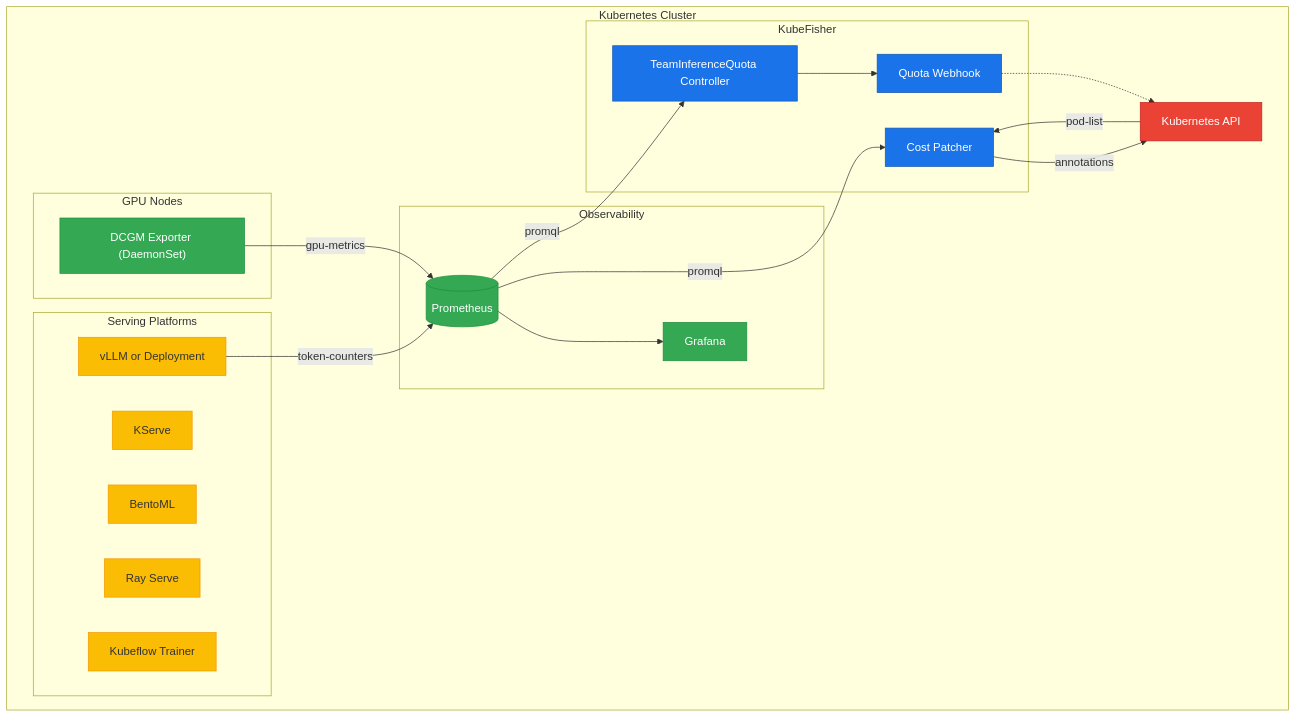
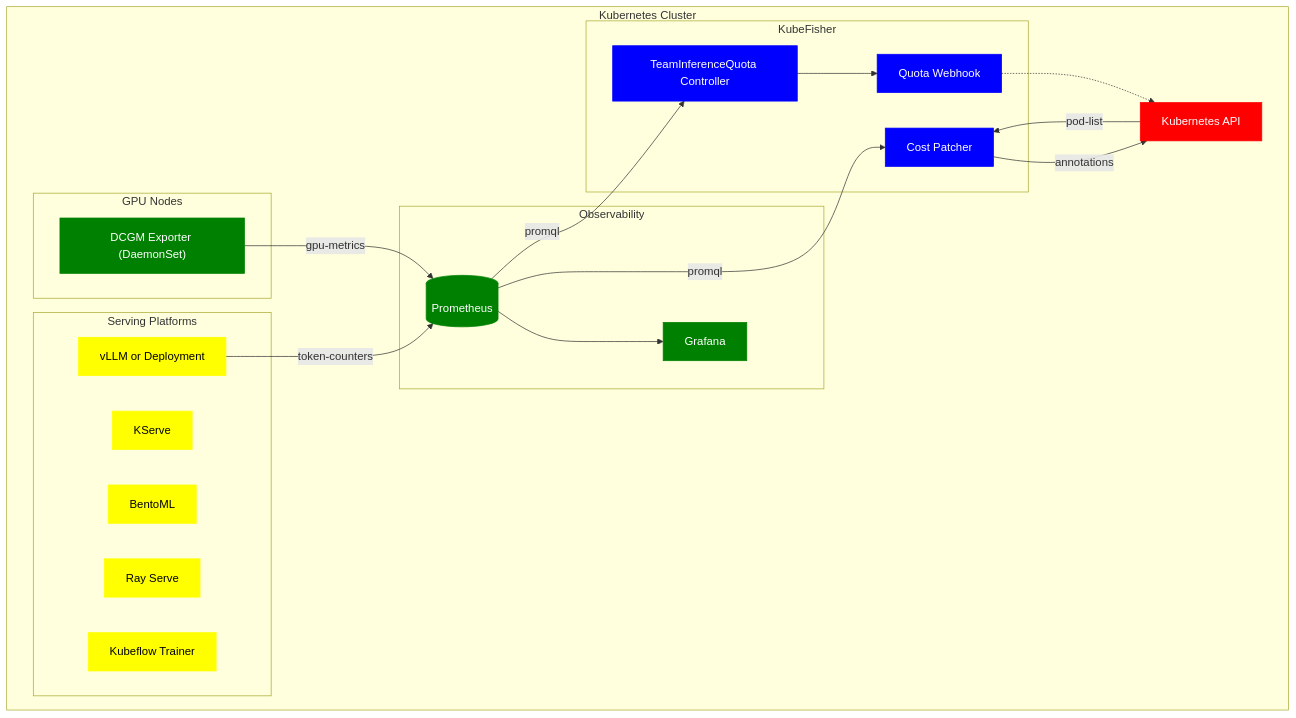
One commit to m2khosravi/kubefisher changed the diagram in README.md. Above: the diagram before and after it, drawn with Mermaid. The commit also changed 3 other files, not shown here.

Commit message:
ci: fix release workflow, update image refs to ghcr.io, fix Mermaid syntax

````diff
--- a/README.md
+++ b/README.md
@@ -15,45 +15,45 @@
 ```mermaid
 flowchart TB
     subgraph cluster["Kubernetes Cluster"]
         subgraph gpu["GPU Nodes"]
             dcgm["DCGM Exporter (DaemonSet)"]
         end
         subgraph obs["Observability"]
             prom[("Prometheus")]
             graf["Grafana"]
         end
         k8s["Kubernetes API"]
         subgraph serving["Serving Platforms"]
             kserve["KServe"]
             bentoml["BentoML"]
             ray["Ray Serve"]
             kubeflow["Kubeflow Trainer"]
             vllm["vLLM or Deployment"]
         end
         subgraph kf["KubeFisher"]
             costPatcher["Cost Patcher"]
             quotaCtrl["TeamInferenceQuota Controller"]
             webhook["Quota Webhook"]
         end
     end
 
     dcgm -->|gpu-metrics| prom
     vllm -->|token-counters| prom
     prom --> graf
     prom -->|promql| costPatcher
     k8s -->|pod-list| costPatcher
     costPatcher -->|annotations| k8s
     prom -->|promql| quotaCtrl
     quotaCtrl --> webhook
     webhook -.-> k8s
 
-    classDef kfNode fill:#1a73e8,color:#fff,stroke:#1558b0,stroke-width:1px
-    classDef obsNode fill:#34a853,color:#fff,stroke:#1e8e3e,stroke-width:1px
-    classDef srvNode fill:#fbbc04,color:#333,stroke:#f29900,stroke-width:1px
-    classDef apiNode fill:#ea4335,color:#fff,stroke:#c5221f,stroke-width:1px
+    classDef kfNode fill:blue,color:white,stroke:blue,stroke-width:1px
+    classDef obsNode fill:green,color:white,stroke:green,stroke-width:1px
+    classDef srvNode fill:yellow,color:black,stroke:yellow,stroke-width:1px
+    classDef apiNode fill:red,color:white,stroke:red,stroke-width:1px
 
     class costPatcher,quotaCtrl,webhook kfNode
     class prom,graf,dcgm obsNode
     class kserve,bentoml,ray,kubeflow,vllm srvNode
     class k8s apiNode
 ```
````
